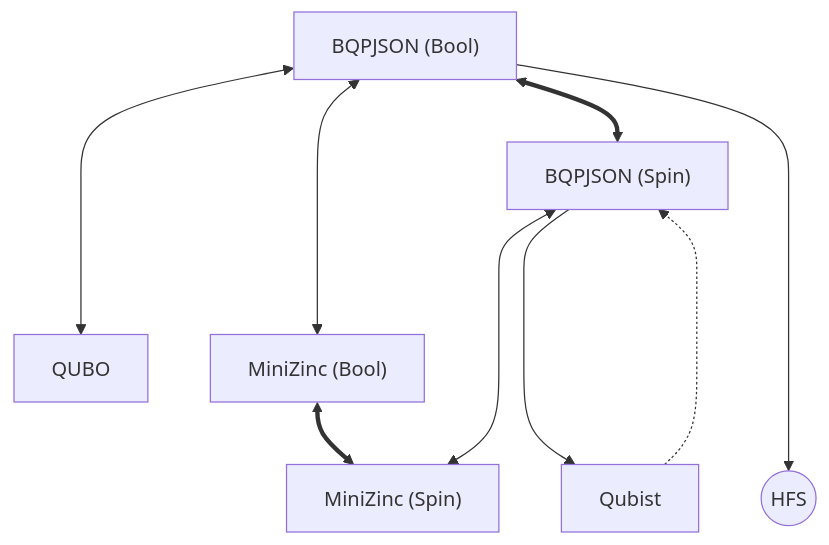
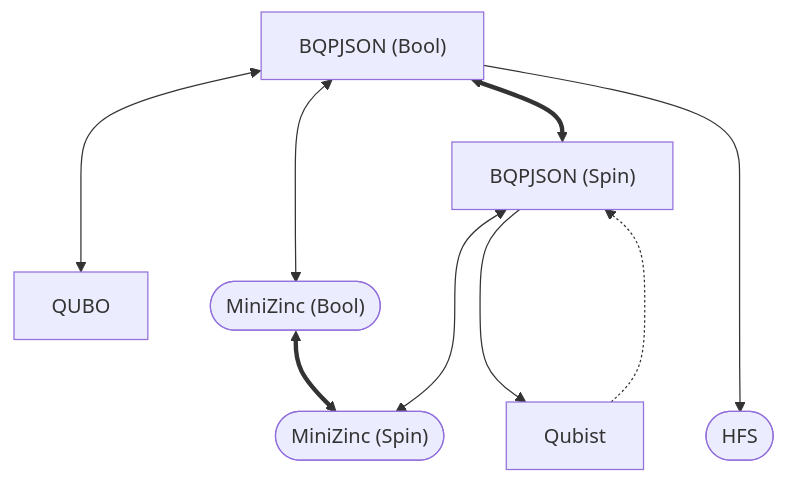
The diagram in README.md (JuliaQUBO/QUBOTools.jl), drawn with Mermaid before and after one commit. The commit also changed other lines of this file and 1 other file, not shown here.

Commit message:
Fix `MiniZinc` interface

````diff
--- a/README.md
+++ b/README.md
@@ -46,21 +46,21 @@
 ```mermaid
 flowchart TD;
     BQPJSON-BOOL["BQPJSON (Bool)"];
     BQPJSON-SPIN["BQPJSON (Spin)"];
     QUBO["QUBO"];
     QUBIST["Qubist"];
-    MINIZINC-BOOL["MiniZinc (Bool)"];
-    MINIZINC-SPIN["MiniZinc (Spin)"];
-    HFS(("HFS"));
+    MINIZINC-BOOL(["MiniZinc (Bool)"]);
+    MINIZINC-SPIN(["MiniZinc (Spin)"]);
+    HFS(["HFS"]);
 
     BQPJSON-BOOL  <==> BQPJSON-SPIN;
     MINIZINC-BOOL <==> MINIZINC-SPIN;
 
-    BQPJSON-BOOL <--> MINIZINC-BOOL;
-    BQPJSON-BOOL <----> QUBO;
-    BQPJSON-BOOL ----->  HFS;
+    BQPJSON-BOOL <---> MINIZINC-BOOL;
+    BQPJSON-BOOL <---> QUBO;
+    BQPJSON-BOOL ---->  HFS;
 
-    BQPJSON-SPIN <----> MINIZINC-SPIN;
-    BQPJSON-SPIN ---->  QUBIST;
+    BQPJSON-SPIN <---> MINIZINC-SPIN;
+    BQPJSON-SPIN  --->  QUBIST;
     QUBIST       -..->  BQPJSON-SPIN;
 ```
````
